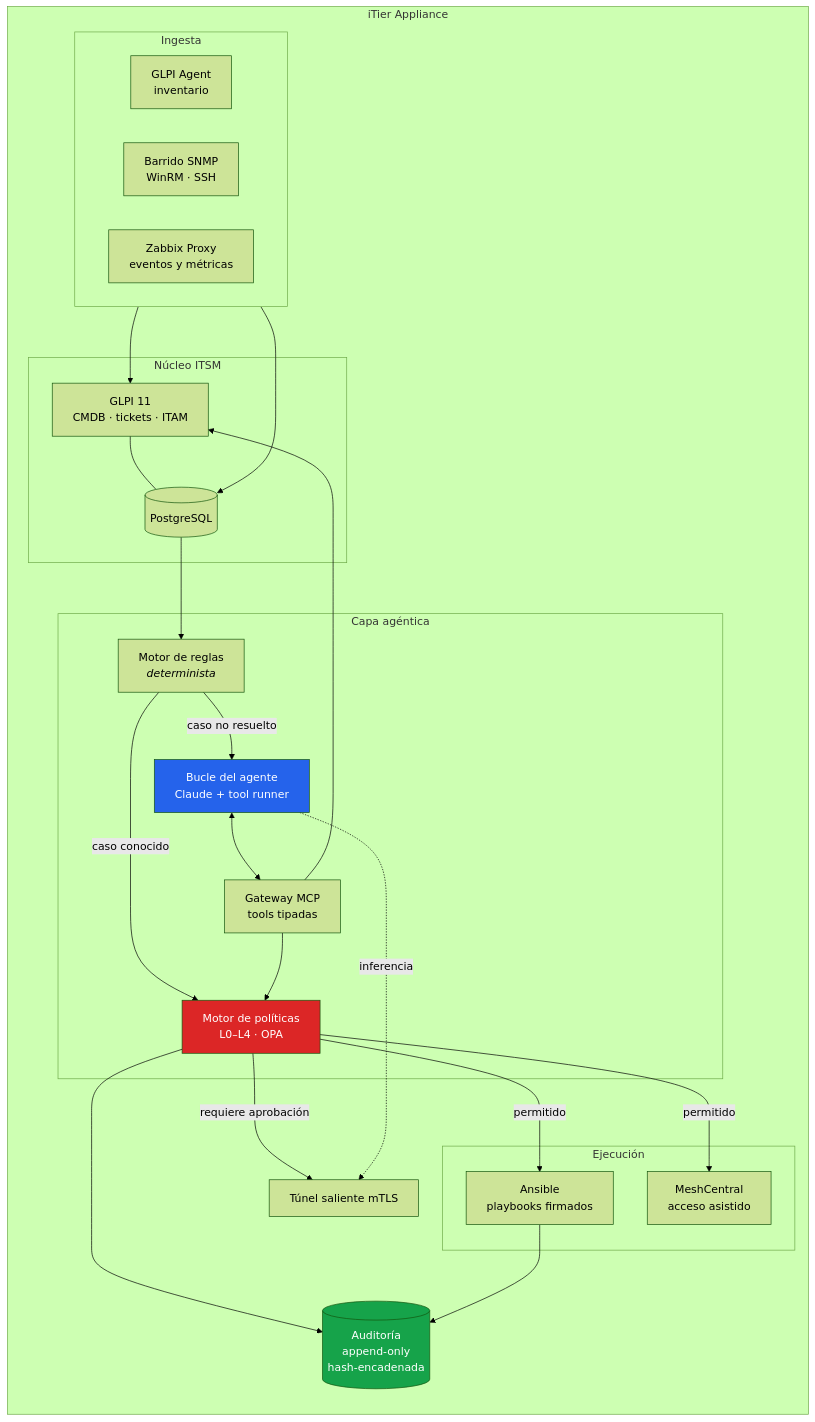
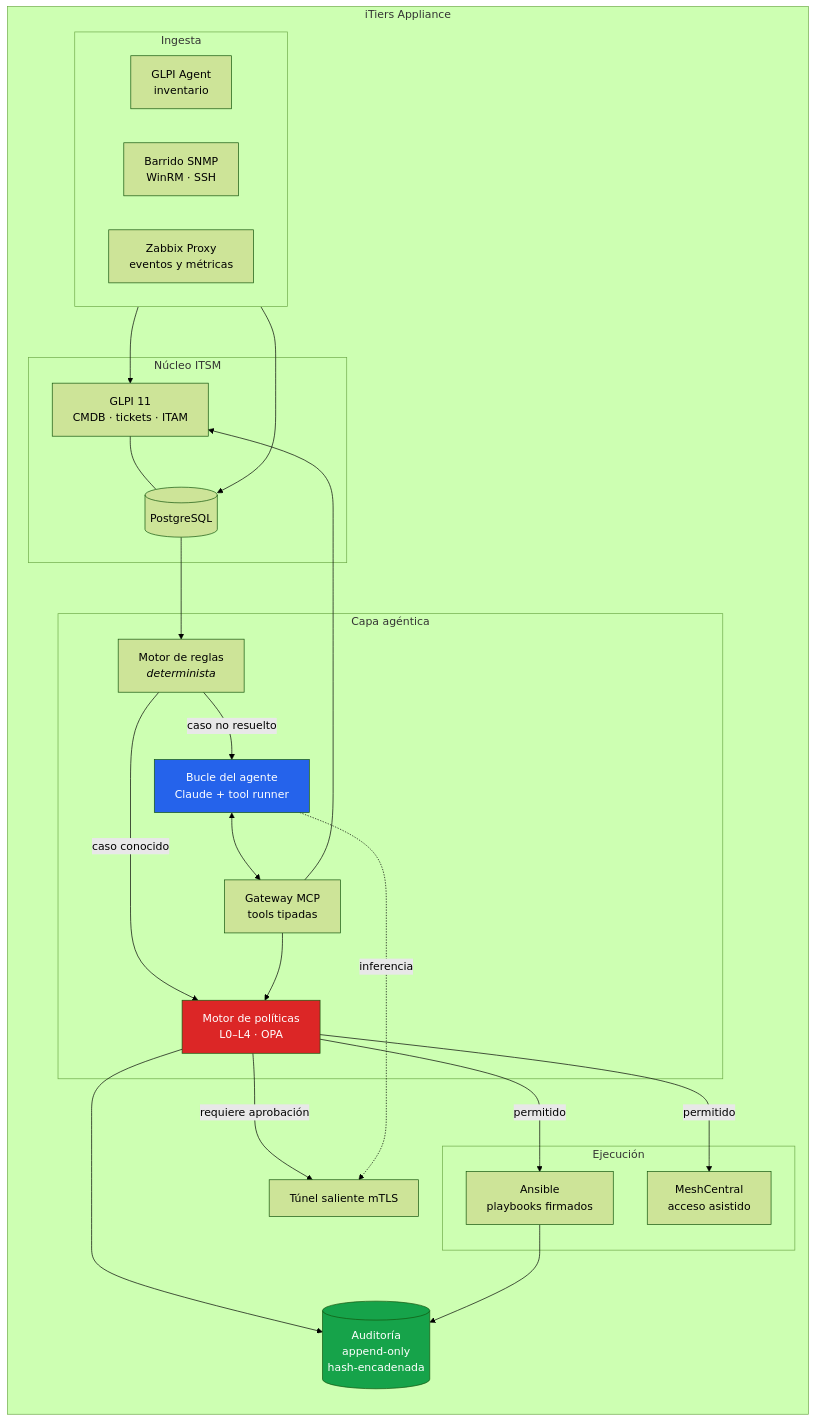
Before and after one commit to pel-matiasvaldivia/itier: the second of 4 diagrams in docs/02-arquitectura.md, drawn with Mermaid (forest theme). The commit also changed other lines of this file and 122 other files, not shown here.

First line of the commit message:
Marca: iTier pasa a iTiers (textos visibles, logos, guía, manual, landing, docs); se conservan los nombres técnicos ya desplegados (grupos iTier/<cliente> en Zabbix, rutas de Windows, variables ITIER_*)

````diff
--- a/docs/02-arquitectura.md
+++ b/docs/02-arquitectura.md
@@ -60,52 +60,52 @@
 ```mermaid
 graph LR
-    subgraph EDGE["iTier Appliance"]
+    subgraph EDGE["iTiers Appliance"]
         direction TB
 
         subgraph ING["Ingesta"]
             GA["GLPI Agent<br/>inventario"]
             SNMP["Barrido SNMP<br/>WinRM · SSH"]
             ZBX["Zabbix Proxy<br/>eventos y métricas"]
         end
 
         subgraph CORE["Núcleo ITSM"]
             GLPI["GLPI 11<br/>CMDB · tickets · ITAM"]
             PG[("PostgreSQL")]
         end
 
         subgraph AGENT["Capa agéntica"]
             RULES["Motor de reglas<br/><i>determinista</i>"]
             LOOP["Bucle del agente<br/>Claude + tool runner"]
             POL["Motor de políticas<br/>L0–L4 · OPA"]
             MCP["Gateway MCP<br/>tools tipadas"]
         end
 
         subgraph ACT["Ejecución"]
             ANS["Ansible<br/>playbooks firmados"]
             MESH["MeshCentral<br/>acceso asistido"]
         end
 
         AUD[("Auditoría<br/>append-only<br/>hash-encadenada")]
         TUN["Túnel saliente mTLS"]
 
         ING --> GLPI
         ING --> PG
         GLPI --- PG
         PG --> RULES
         RULES -->|"caso no resuelto"| LOOP
         RULES -->|"caso conocido"| POL
         LOOP <--> MCP
         MCP --> POL
         POL -->|"permitido"| ANS
         POL -->|"permitido"| MESH
         POL -->|"requiere aprobación"| TUN
         MCP --> GLPI
         POL --> AUD
         ANS --> AUD
         LOOP -.->|"inferencia"| TUN
     end
 
     style LOOP fill:#2563eb,color:#fff
     style POL fill:#dc2626,color:#fff
     style AUD fill:#16a34a,color:#fff
 ```
````
